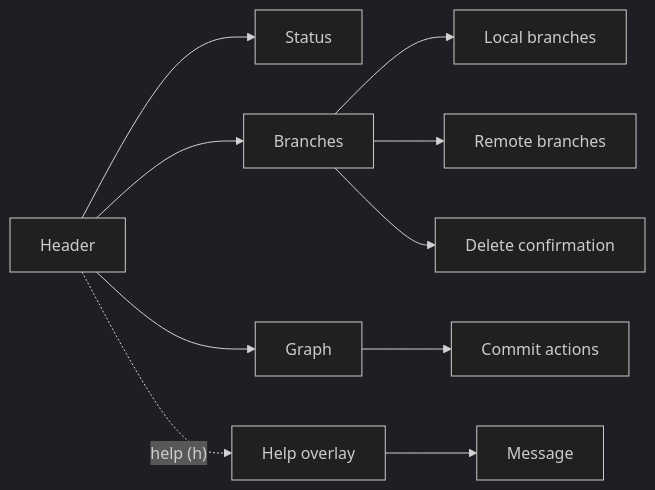
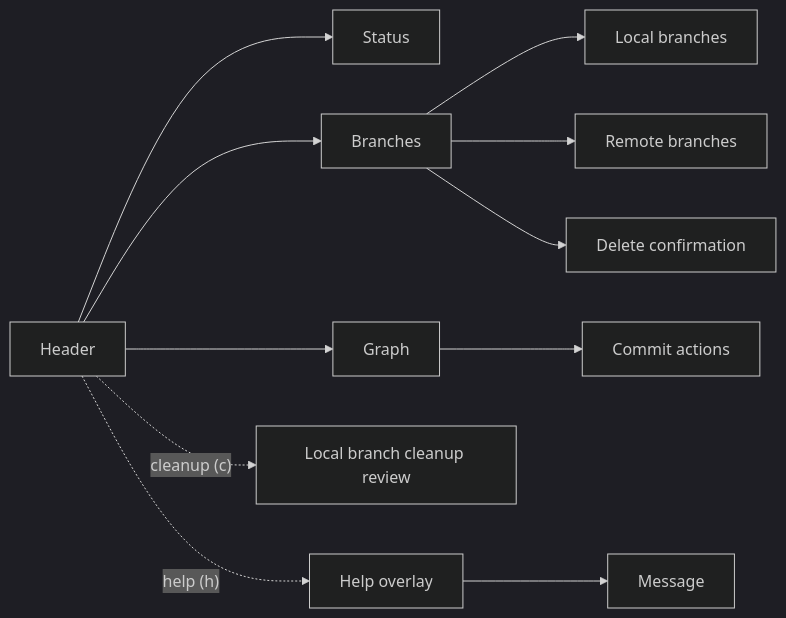
The third of 3 diagrams in README.md (MarcosAlves90/gitrex), drawn with Mermaid (dark theme) before and after one commit. The commit also changed other lines of this file and 14 other files, not shown here.

First line of the commit message:
feat(branch-cleanup): add merged local branch cleanup (#8)

````diff
--- a/README.md
+++ b/README.md
@@ -212,12 +212,13 @@
 ```mermaid
 flowchart LR
   H[Header] --> S[Status]
   H --> B[Branches]
   H --> G[Graph]
   B --> L[Local branches]
   B --> R[Remote branches]
   G --> C[Commit actions]
   B --> X[Delete confirmation]
+  H -. cleanup (c) .-> K[Local branch cleanup review]
   H -. help (h) .-> O[Help overlay]
   O --> M[Message]
 ```
````
